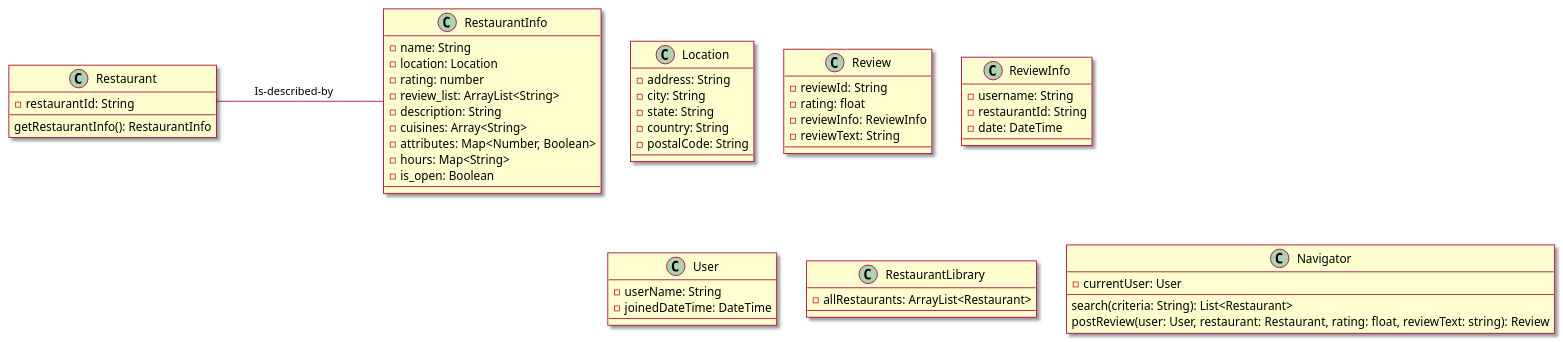
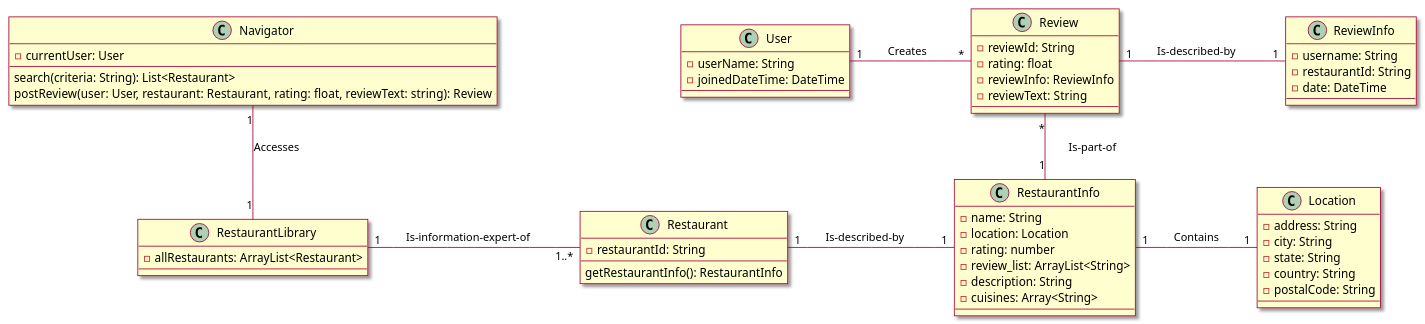
Before and after one commit to tanwasp/LunchBox-Android: the second of 2 diagrams in intellij/doc/design.md, drawn with PlantUML.

Commit message:
Class diagram draft

````diff
--- a/intellij/doc/design.md
+++ b/intellij/doc/design.md
@@ -13,64 +13,67 @@
 ```plantuml
 @startuml
 skin rose
 'skinparam classAttributeIconSize 0
 
 class Restaurant{
     -restaurantId: String
     --
     getRestaurantInfo(): RestaurantInfo
 }
 
 class RestaurantInfo{
     -name: String
     -location: Location
     -rating: number
     -review_list: ArrayList<String>
     -description: String
     -cuisines: Array<String>
-    -attributes: Map<Number, Boolean>
-    -hours: Map<String>
-    -is_open: Boolean
 }
 
 class Location{
     -address: String
     -city: String
     -state: String
     -country: String
     -postalCode: String
 }
 
 class Review{
     -reviewId: String
     -rating: float
     -reviewInfo: ReviewInfo
     -reviewText: String
 }
 
 class ReviewInfo{
     -username: String
     -restaurantId: String
     -date: DateTime
 }
 
 class User{
     -userName: String
     -joinedDateTime: DateTime
 }
 
 class RestaurantLibrary{
     -allRestaurants: ArrayList<Restaurant>
 }
 
 class Navigator{
     -currentUser: User
     --
     search(criteria: String): List<Restaurant>
     postReview(user: User, restaurant: Restaurant, rating: float, reviewText: string): Review
 }
 
 ' associations
-Restaurant  -  RestaurantInfo : \tIs-described-by\t\t
+Navigator "1" -- "1" RestaurantLibrary : Accesses\t
+RestaurantLibrary "1" - "1..*" Restaurant : \tIs-information-expert-of\t\t
+Restaurant "1" - "1" RestaurantInfo : \tIs-described-by\t\t
+RestaurantInfo "1" - "1" Location : \tContains\t\t
+Review "*" -- "1" RestaurantInfo : \tIs-part-of\t\t
+Review "1" - "1" ReviewInfo : \tIs-described-by\t\t
+User "1" - "*" Review : \tCreates\t\t
 @enduml
 ```
````
